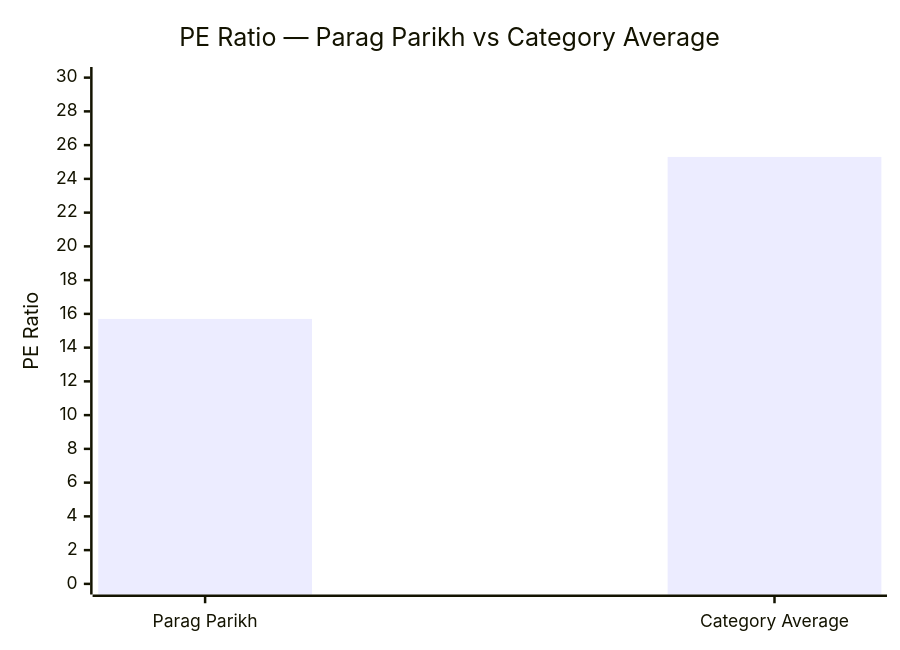
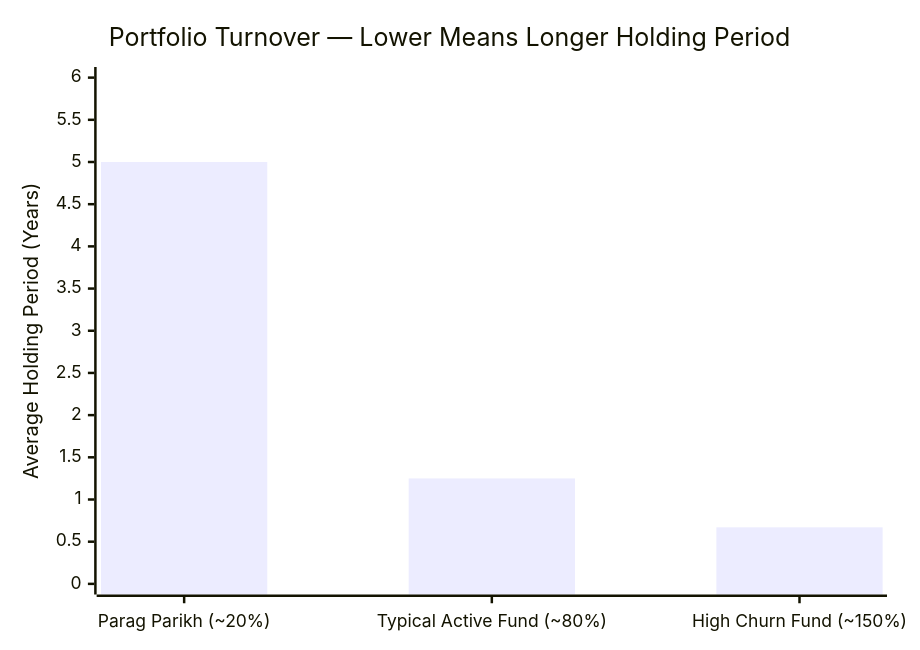
Diagram 13 of 14 in Mutual Fund/FlexiCap/funds/parag_parikh/module3_portfolio.md (mayankutkarsh334/Investment), drawn with Mermaid before and after one commit. The commit also changed other lines of this file and 4 other files, not shown here.

First line of the commit message:
feat: complete deep-study modules 2–6 for Parag Parikh Flexi Cap Fund

````diff
--- a/Mutual Fund/FlexiCap/funds/parag_parikh/module3_portfolio.md
+++ b/Mutual Fund/FlexiCap/funds/parag_parikh/module3_portfolio.md
@@ -75,7 +228,7 @@
 ```mermaid
 xychart-beta
-    title "PE Ratio — Parag Parikh vs Category Average"
-    x-axis ["Parag Parikh", "Category Average"]
-    y-axis "PE Ratio" 0 --> 30
-    bar [15.70, 25.30]
+    title "Portfolio Turnover — Lower Means Longer Holding Period"
+    x-axis ["Parag Parikh (~20%)", "Typical Active Fund (~80%)", "High Churn Fund (~150%)"]
+    y-axis "Average Holding Period (Years)" 0 --> 6
+    bar [5.0, 1.25, 0.67]
 ```
````
